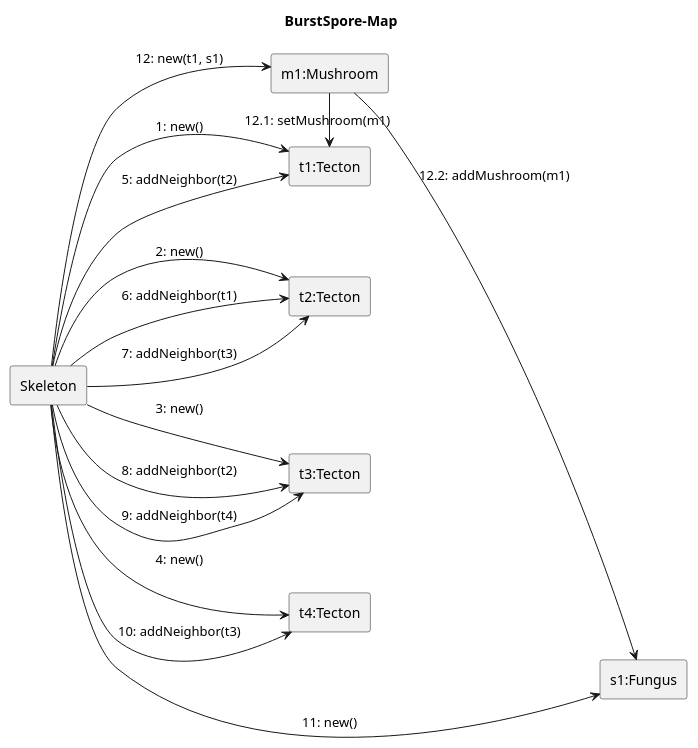
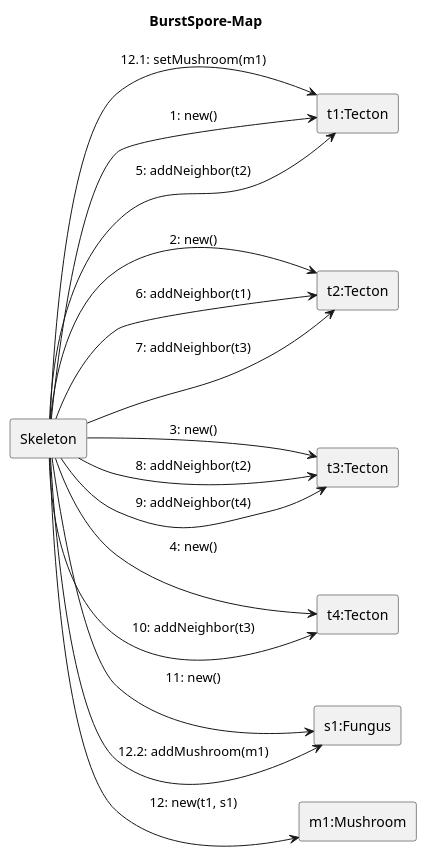
The diagram in Skeleton/Burst-spore/map.puml (ZD4ve/projlab-error521), drawn with PlantUML before and after one commit.

Commit message:
Fix diagram: Mushroom ctor doesnt set loc and species

```diff
--- a/Skeleton/Burst-spore/map.puml
+++ b/Skeleton/Burst-spore/map.puml
@@ -1,31 +1,31 @@
 @startuml Grow-mycelium/map-success
 left to right direction
 title BurstSpore-Map
 
 rectangle Skeleton
 
 rectangle "t1:Tecton" as t1
 rectangle "t2:Tecton" as t2
 rectangle "t3:Tecton" as t3
 rectangle "t4:Tecton" as t4
 rectangle "s1:Fungus" as s1
 rectangle "m1:Mushroom" as m1
 
 Skeleton --> t1: 1: new()
 Skeleton --> t2: 2: new()
 Skeleton --> t3: 3: new()
 Skeleton --> t4: 4: new()
 
 Skeleton --> t1: 5: addNeighbor(t2)
 Skeleton --> t2: 6: addNeighbor(t1)
 Skeleton --> t2: 7: addNeighbor(t3)
 Skeleton --> t3: 8: addNeighbor(t2)
 Skeleton --> t3: 9: addNeighbor(t4)
 Skeleton --> t4: 10: addNeighbor(t3)
 
 Skeleton --> s1 : 11: new()
 Skeleton --> m1: 12: new(t1, s1)
-m1 -> t1 : 12.1: setMushroom(m1)
-m1 --> s1 : 12.2: addMushroom(m1)
+Skeleton -> t1 : 12.1: setMushroom(m1)
+Skeleton --> s1 : 12.2: addMushroom(m1)
 
 @enduml
```
